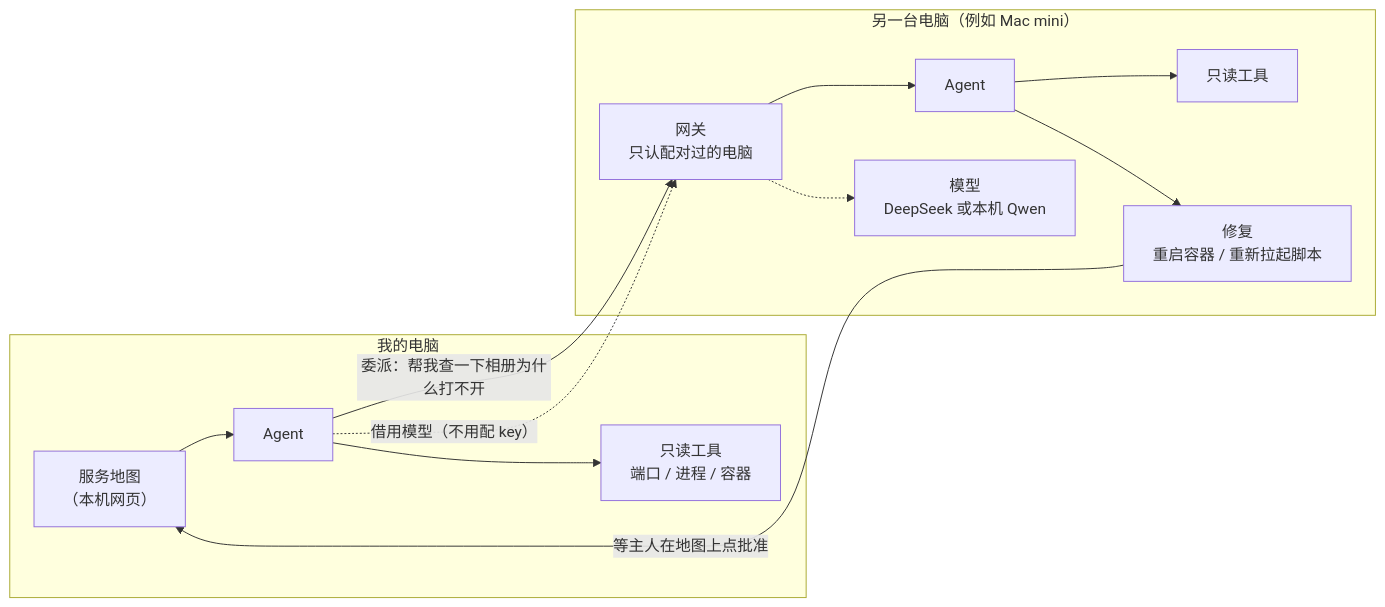
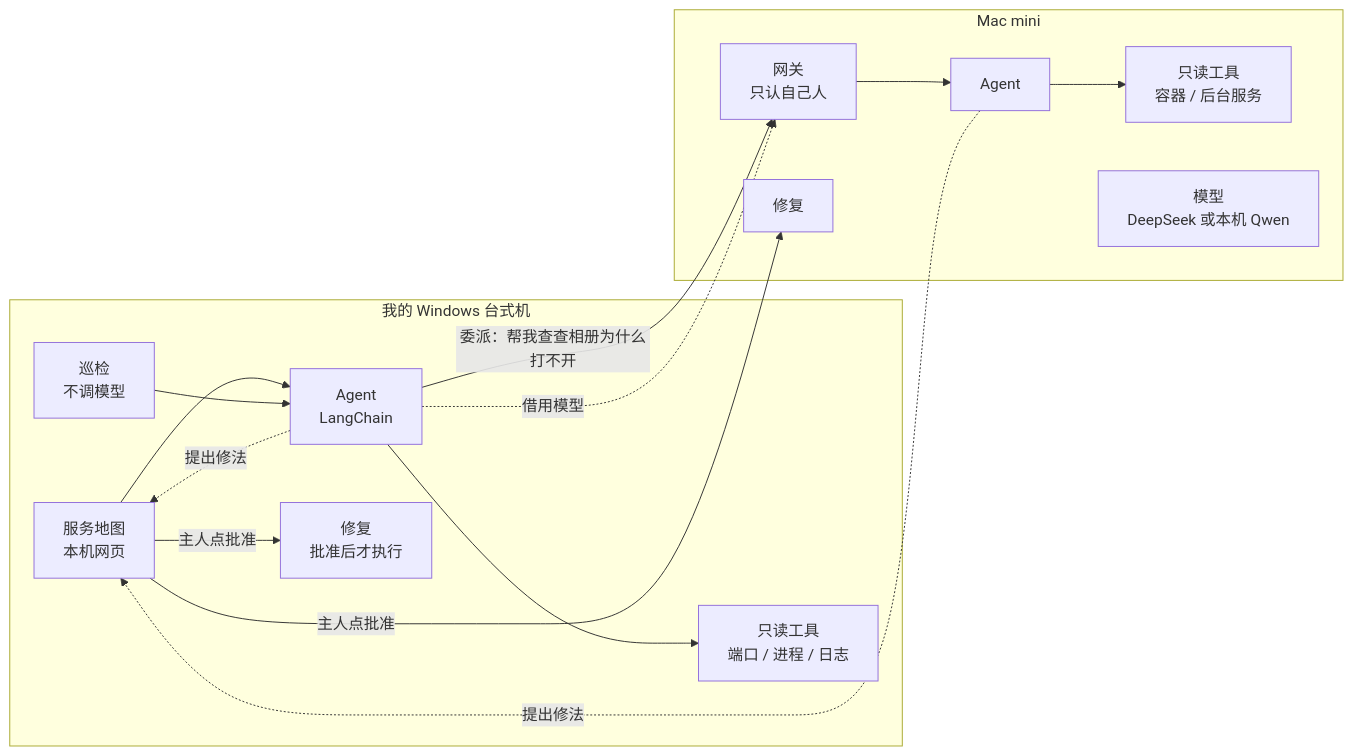
Before and after one commit to Sugarfarmeriod/TunnelMinion: the diagram in README.md, drawn with Mermaid. The commit also changed other lines of this file and 3 other files, not shown here.

First line of the commit message:
docs: README 首页改为项目介绍，加演示动图和录屏 (#224)

````diff
--- a/README.md
+++ b/README.md
@@ -7,17 +25,19 @@
 ```mermaid
 flowchart LR
-    subgraph A["我的电脑"]
-        UA["服务地图<br/>（本机网页）"] --> AA["Agent"]
-        AA --> TA["只读工具<br/>端口 / 进程 / 容器"]
+    subgraph PC["我的 Windows 台式机"]
+        UI["服务地图<br/>本机网页"] --> A1["Agent<br/>LangChain"]
+        A1 --> T1["只读工具<br/>端口 / 进程 / 日志"]
+        P1["巡检<br/>不调模型"] --> A1
+        R1["修复<br/>批准后才执行"]
     end
-    subgraph B["另一台电脑（例如 Mac mini）"]
-        GB["网关<br/>只认配对过的电脑"] --> AB["Agent"]
-        AB --> TB["只读工具"]
-        AB --> RB["修复<br/>重启容器 / 重新拉起脚本"]
+    subgraph MAC["Mac mini"]
+        G2["网关<br/>只认自己人"] --> A2["Agent"]
+        A2 --> T2["只读工具<br/>容器 / 后台服务"]
+        R2["修复"]
         M["模型<br/>DeepSeek 或本机 Qwen"]
     end
-    AA -- "委派：帮我查一下相册为什么打不开" --> GB
-    AA -. "借用模型（不用配 key）" .-> GB
-    GB -.-> M
-    RB -- "等主人在地图上点批准" --> UA
+    A1 -- "委派：帮我查查相册为什么打不开" --> G2
+    A1 -. "借用模型" .-> G2
+    A1 & A2 -. "提出修法" .-> UI
+    UI -- "主人点批准" --> R1 & R2
 ```
````
